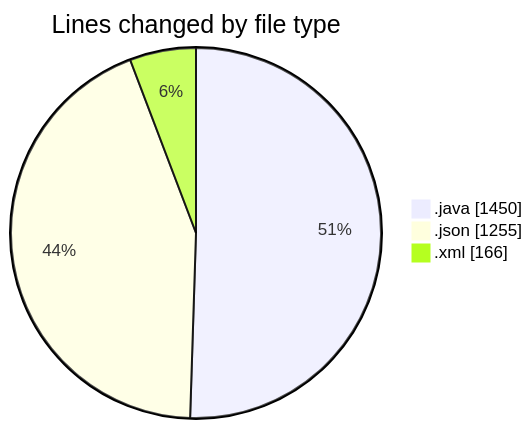
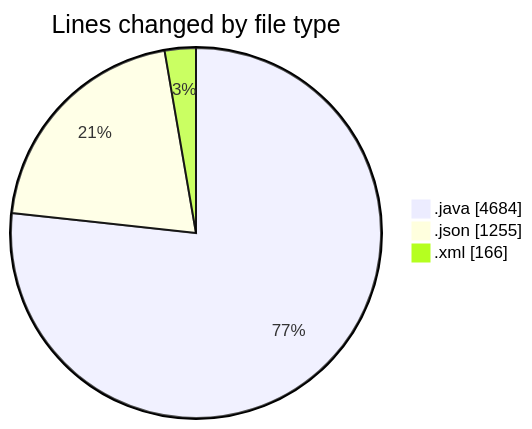
One commit to ricardozamudiocil/code-tracking changed the first of 2 diagrams in 2026-07-08/cilapp/README.md. Above: the diagram before and after it, drawn with Mermaid. The commit also changed other lines of this file and 1 other file, not shown here.

````diff
--- a/2026-07-08/cilapp/README.md
+++ b/2026-07-08/cilapp/README.md
@@ -24,7 +25,7 @@
 ```mermaid
 pie showData
 title Lines changed by file type
-".java" : 1450
+".java" : 4684
 ".json" : 1255
 ".xml" : 166
 ```
````
